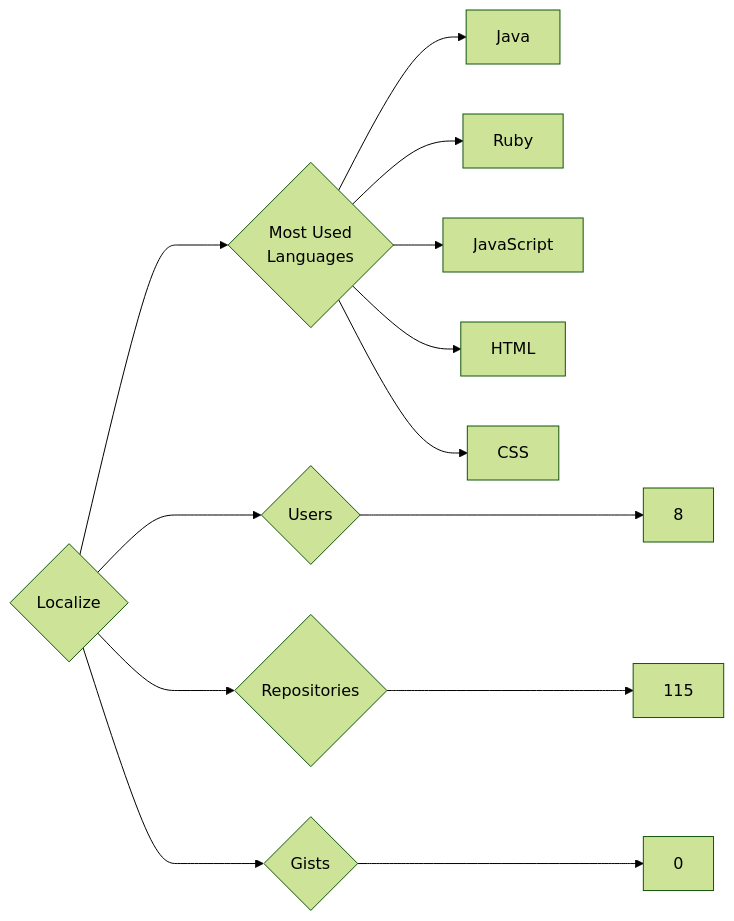
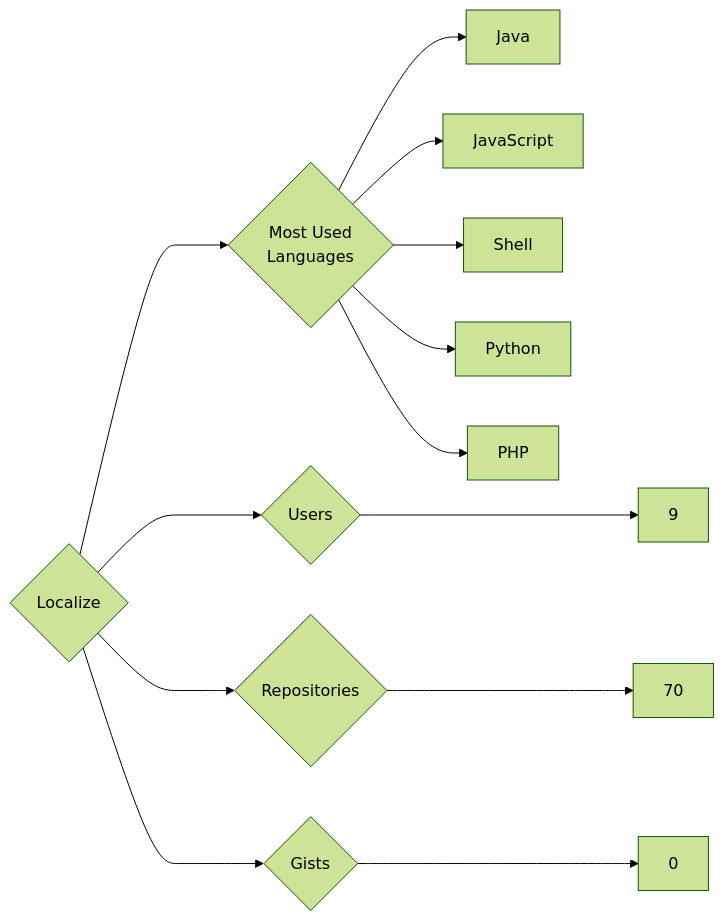
One commit to trickest/insiders changed the diagram in targets/Localize/README.md. Above: the diagram before and after it, drawn with Mermaid (forest theme). The commit also changed 895 other files, not shown here.

````diff
--- a/targets/Localize/README.md
+++ b/targets/Localize/README.md
@@ -3,13 +3,13 @@
 ```mermaid
 graph LR
 COMPANY_NAME{Localize}
-COMPANY_NAME ---> U{Users} ---> UN[8]
-COMPANY_NAME ---> R{Repositories} ---> RN[115]
+COMPANY_NAME ---> U{Users} ---> UN[9]
+COMPANY_NAME ---> R{Repositories} ---> RN[70]
 COMPANY_NAME ---> G{Gists} ---> GN[0]
 COMPANY_NAME ---> ML{Most Used<br>Languages}
 ML --> Java[Java]
-ML --> Ruby[Ruby]
 ML --> JavaScript[JavaScript]
-ML --> HTML[HTML]
-ML --> CSS[CSS]
+ML --> Shell[Shell]
+ML --> Python[Python]
+ML --> PHP[PHP]
 ```
````
